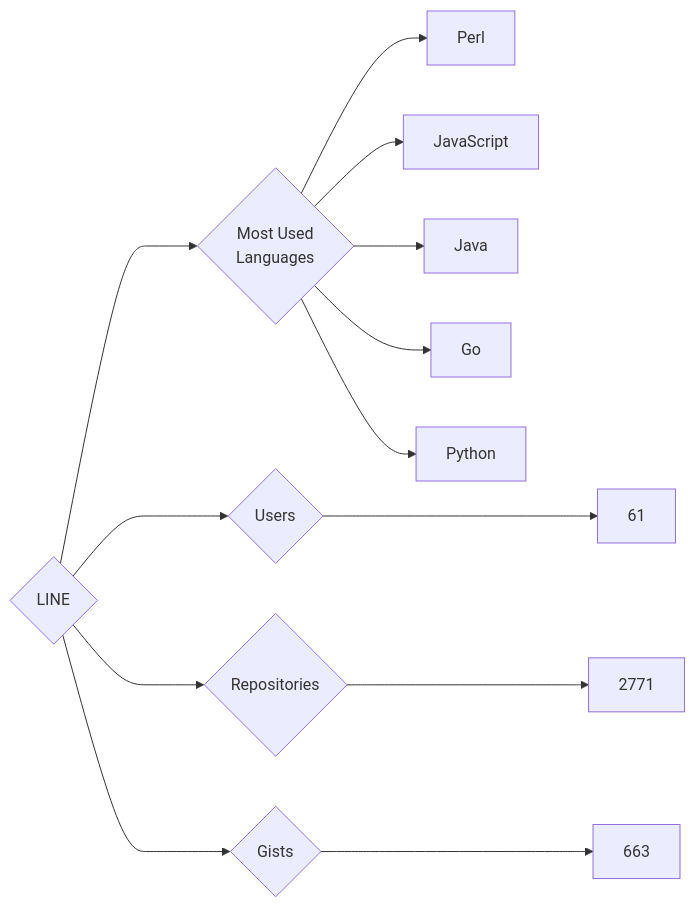
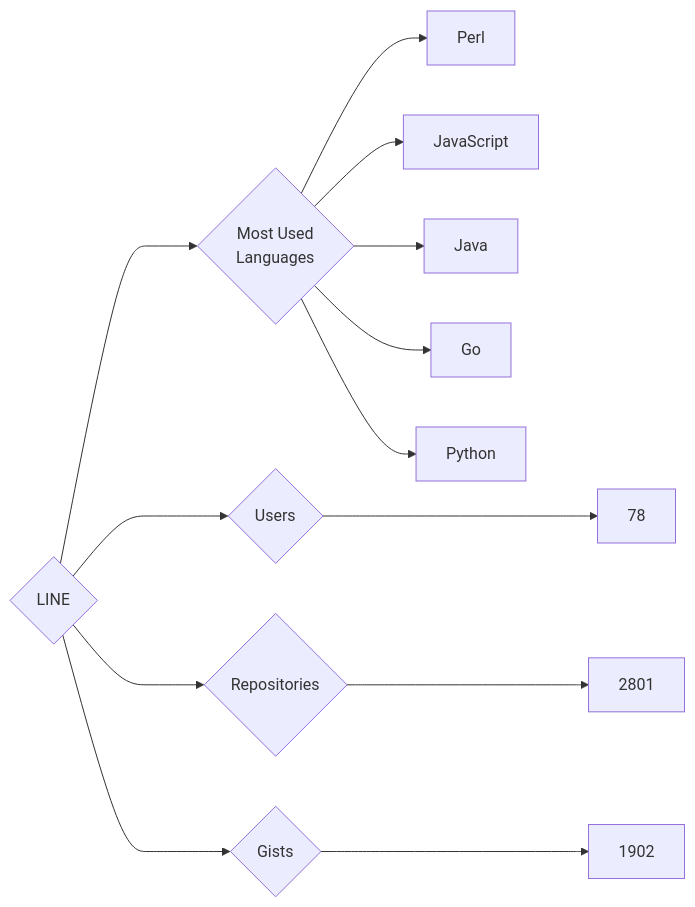
Before and after one commit to trickest/insiders: the diagram in targets/LINE/README.md, drawn with Mermaid. The commit also changed 944 other files, not shown here.

````diff
--- a/targets/LINE/README.md
+++ b/targets/LINE/README.md
@@ -3,13 +3,13 @@
 ```mermaid
 graph LR
 COMPANY_NAME{LINE}
-COMPANY_NAME ---> U{Users} ---> UN[61]
-COMPANY_NAME ---> R{Repositories} ---> RN[2771]
-COMPANY_NAME ---> G{Gists} ---> GN[663]
+COMPANY_NAME ---> U{Users} ---> UN[78]
+COMPANY_NAME ---> R{Repositories} ---> RN[2801]
+COMPANY_NAME ---> G{Gists} ---> GN[1902]
 COMPANY_NAME ---> ML{Most Used<br>Languages}
 ML --> Perl[Perl]
 ML --> JavaScript[JavaScript]
 ML --> Java[Java]
 ML --> Go[Go]
 ML --> Python[Python]
 ```
````
